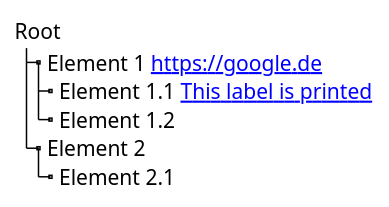
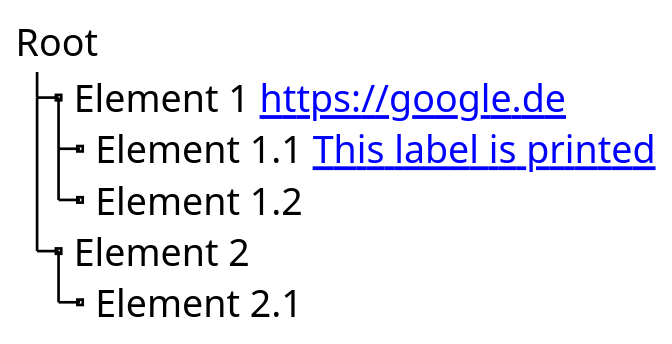
Before and after one commit to nakohdo/OpenMATERIAL: the first of 2 diagrams in content/geometry/Introduction.adoc, drawn with PlantUML.

Commit message:
Test scale setting.

```diff
--- a/content/geometry/Introduction.adoc
+++ b/content/geometry/Introduction.adoc
@@ -5,15 +5,17 @@
 [plantuml ]
 ----
 skinparam Legend {
 	BackgroundColor transparent
 	BorderColor transparent
+	
 }
+scale 500 width
 legend
 Root
 |_ Element 1 [[https://google.de]]
   |_ Element 1.1 [[http://plantuml.com{Optional tooltip} This label is printed]]
   |_ Element 1.2
 |_ Element 2
   |_ Element 2.1
 end legend
 ----
```
